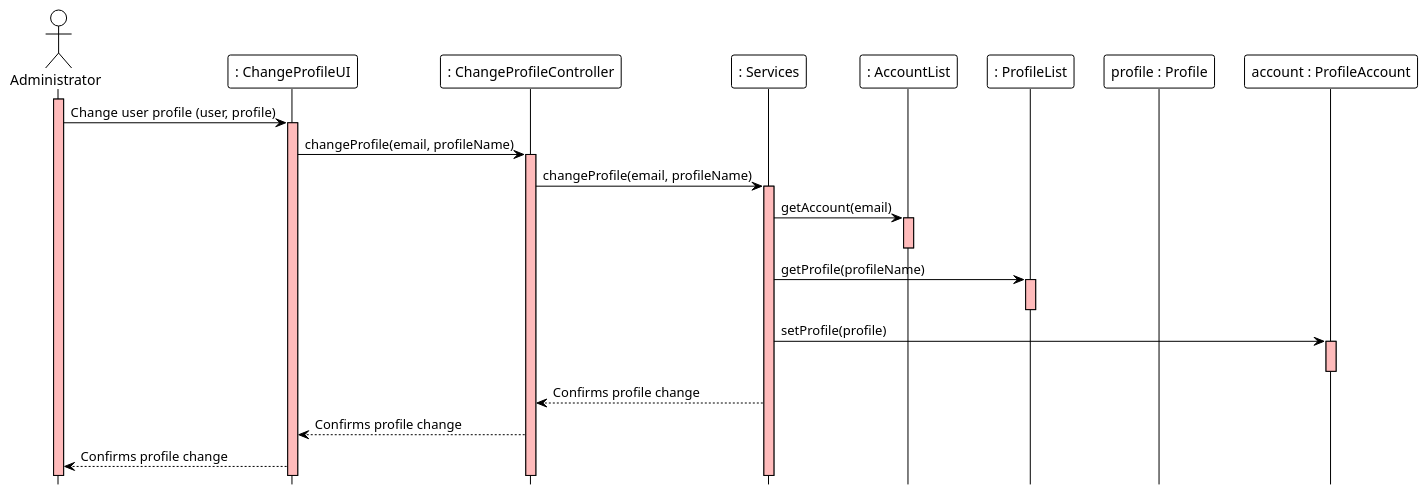
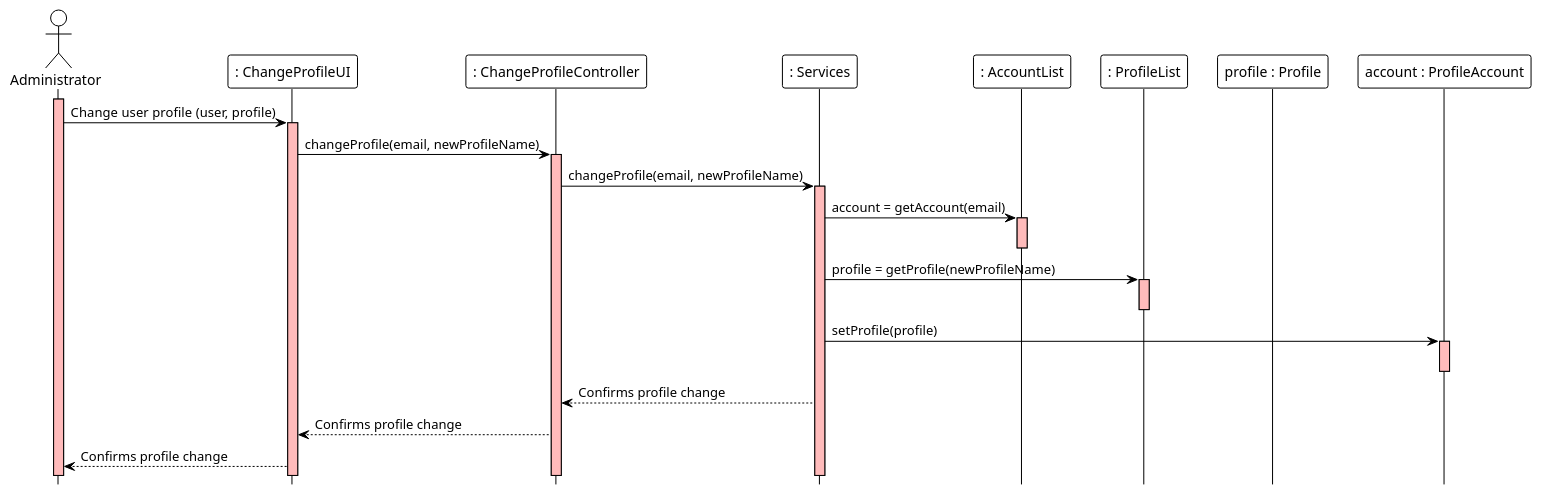
The diagram in docs/modelling_design/user_stories/us003/US003_ChangeProfileSD.puml (ivo-menezes/project_g3), drawn with PlantUML before and after one commit.

Commit message:
US003: Design: fixed typos in ChangeProfileSD

```diff
--- a/docs/modelling_design/user_stories/us003/US003_ChangeProfileSD.puml
+++ b/docs/modelling_design/user_stories/us003/US003_ChangeProfileSD.puml
@@ -1,36 +1,36 @@
 @startuml
 !theme plain
 hide footbox
 
 actor Administrator
 participant ": ChangeProfileUI" as UI
 participant ": ChangeProfileController" as Controller
 participant ": Services" as Services
 participant ": AccountList" as AccountList
 participant ": ProfileList" as ProfileList
 participant "profile : Profile" as Profile
 participant "account : ProfileAccount" as Account
 
 
 
 activate Administrator #FFBBBB
 Administrator -> UI : Change user profile (user, profile)
 activate UI #FFBBBB
-UI -> Controller : changeProfile(email, profileName)
+UI -> Controller : changeProfile(email, newProfileName)
 activate Controller #FFBBBB
-Controller -> Services : changeProfile(email, profileName)
+Controller -> Services : changeProfile(email, newProfileName)
 activate Services #FFBBBB
-Services -> AccountList : getAccount(email)
+Services -> AccountList : account = getAccount(email)
 activate AccountList #FFBBBB
 deactivate AccountList
-Services -> ProfileList : getProfile(profileName)
+Services -> ProfileList : profile = getProfile(newProfileName)
 activate ProfileList #FFBBBB
 deactivate ProfileList #FFBBBB
 Services -> Account : setProfile(profile)
 activate Account #FFBBBB
 deactivate Account #FFBBBB
 
 Services --> Controller : Confirms profile change
 Controller --> UI : Confirms profile change
 UI --> Administrator : Confirms profile change
 @enduml
```
